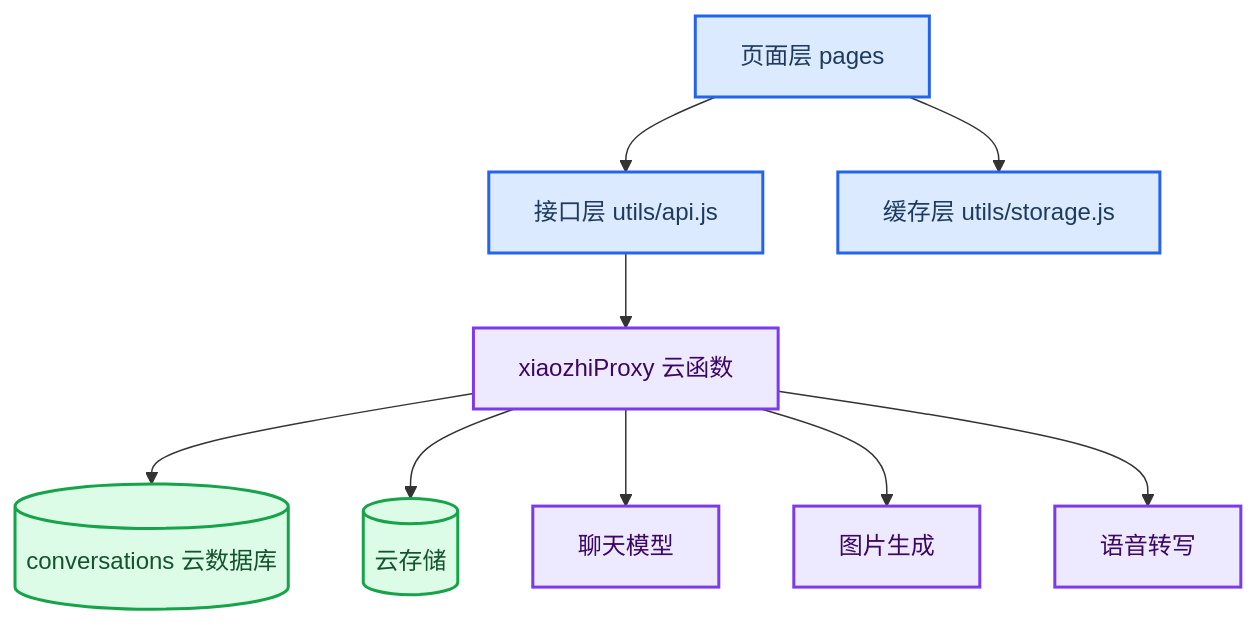
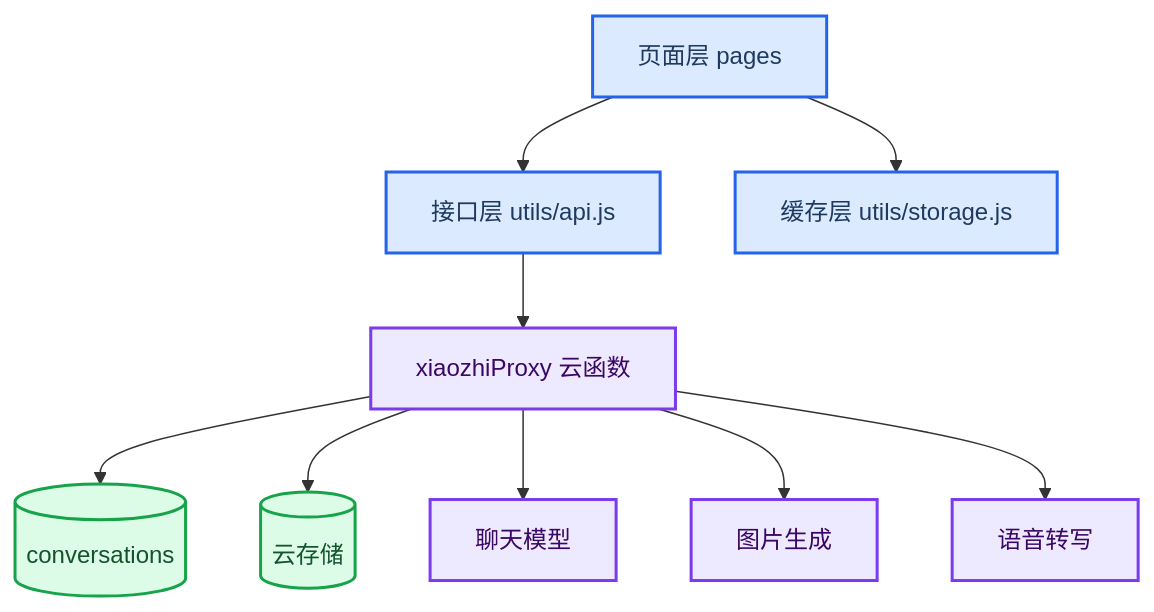
The diagram in content/posts/miniapp-cloud-architecture.md (jiulics/jiulics.github.io), drawn with Mermaid before and after one commit. The commit also changed other lines of this file and 3 other files, not shown here.

````diff
--- a/content/posts/miniapp-cloud-architecture.md
+++ b/content/posts/miniapp-cloud-architecture.md
@@ -34,22 +32,22 @@
 ```mermaid
 flowchart TB
-    accTitle: Miniapp layered architecture
-    accDescr: The mini program calls one API layer, which delegates AI service calls and persistence to one cloud function.
+    accTitle: Miniapp Layered Architecture
+    accDescr: Shows the four implementation layers from user interface to cloud function, cloud database, cloud storage, and upstream AI services.
 
     ui[页面层 pages] --> api[接口层 utils/api.js]
     ui --> cache[缓存层 utils/storage.js]
     api --> proxy[xiaozhiProxy 云函数]
-    proxy --> db[(conversations 云数据库)]
+    proxy --> db[(conversations)]
     proxy --> files[(云存储)]
     proxy --> chat[聊天模型]
     proxy --> image[图片生成]
     proxy --> audio[语音转写]
 
     classDef ui fill:#dbeafe,stroke:#2563eb,stroke-width:2px,color:#1e3a5f
     classDef cloud fill:#ede9fe,stroke:#7c3aed,stroke-width:2px,color:#3b0764
     classDef data fill:#dcfce7,stroke:#16a34a,stroke-width:2px,color:#14532d
 
     class ui,api,cache ui
     class proxy,chat,image,audio cloud
     class db,files data
 ```
````
